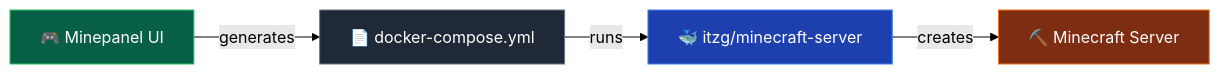
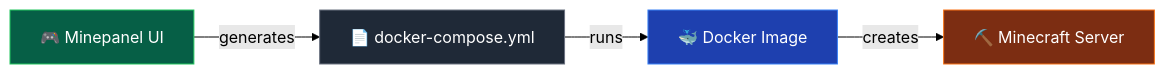
Before and after one commit to Ketbome/minepanel: the first of 2 diagrams in doc/server-types.md, drawn with Mermaid (forest theme). The commit also changed other lines of this file and 15 other files, not shown here.

````diff
--- a/doc/server-types.md
+++ b/doc/server-types.md
@@ -23,11 +30,11 @@
 ```mermaid
 flowchart LR
     A["🎮 Minepanel UI"] -->|"generates"| B["📄 docker-compose.yml"]
-    B -->|"runs"| C["🐳 itzg/minecraft-server"]
+    B -->|"runs"| C["🐳 Docker Image"]
     C -->|"creates"| D["⛏️ Minecraft Server"]
 
     style A fill:#065f46,stroke:#22c55e,color:#fff
     style B fill:#1f2937,stroke:#6b7280,color:#fff
     style C fill:#1e40af,stroke:#3b82f6,color:#fff
     style D fill:#7c2d12,stroke:#f97316,color:#fff
 ```
````
